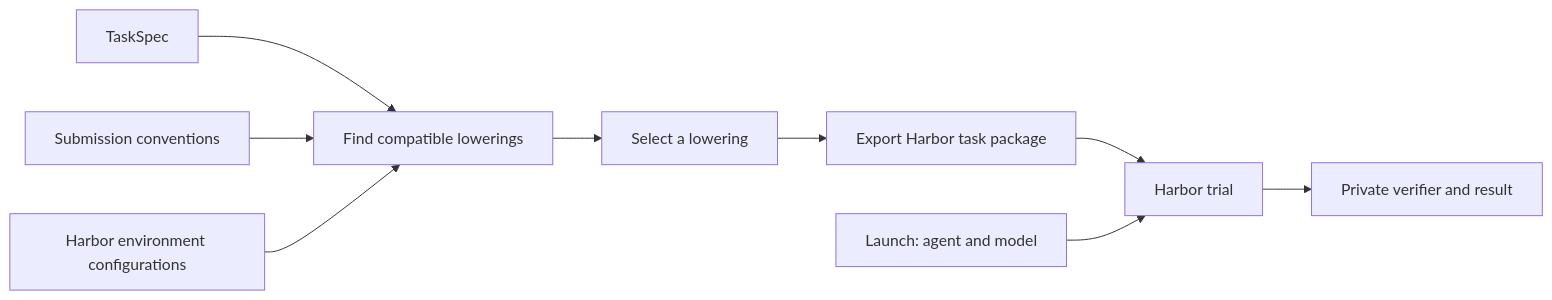
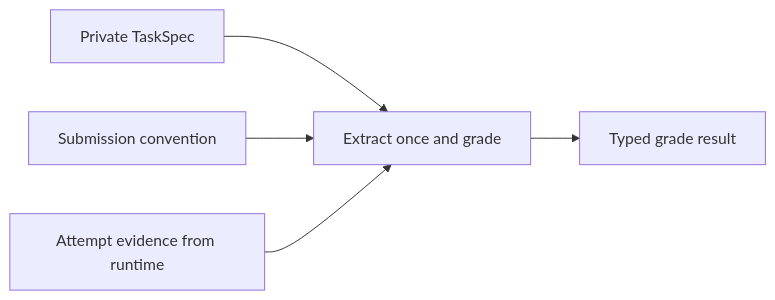
The diagram in lib/taskcompendium/README.md (marin-community/marin), drawn with Mermaid before and after one commit. The commit also changed other lines of this file and 17 other files, not shown here.

````diff
--- a/lib/taskcompendium/README.md
+++ b/lib/taskcompendium/README.md
@@ -17,11 +16,7 @@
 ```mermaid
 flowchart LR
-    S[TaskSpec] --> C[Find compatible lowerings]
-    V[Submission conventions] --> C
-    E[Harbor environment configurations] --> C
-    C --> P[Select a lowering]
-    P --> H[Export Harbor task package]
-    H --> T[Harbor trial]
-    L[Launch: agent and model] --> T
-    T --> G[Private verifier and result]
+    S[Private TaskSpec] --> G[Extract once and grade]
+    C[Submission convention] --> G
+    A[Attempt evidence from runtime] --> G
+    G --> R[Typed grade result]
 ```
````
